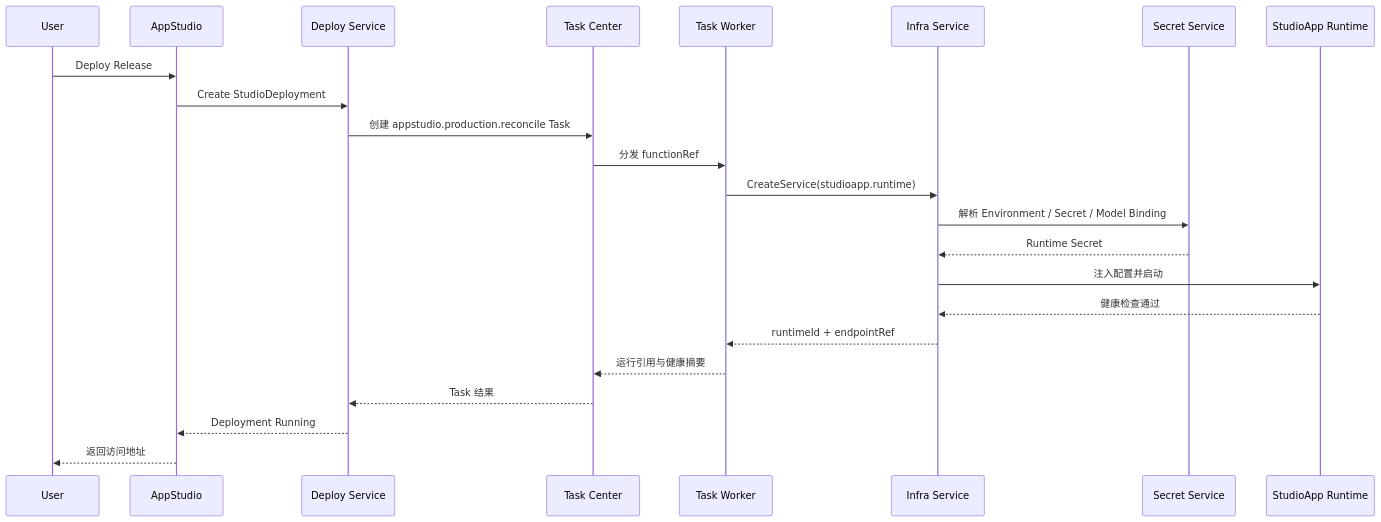
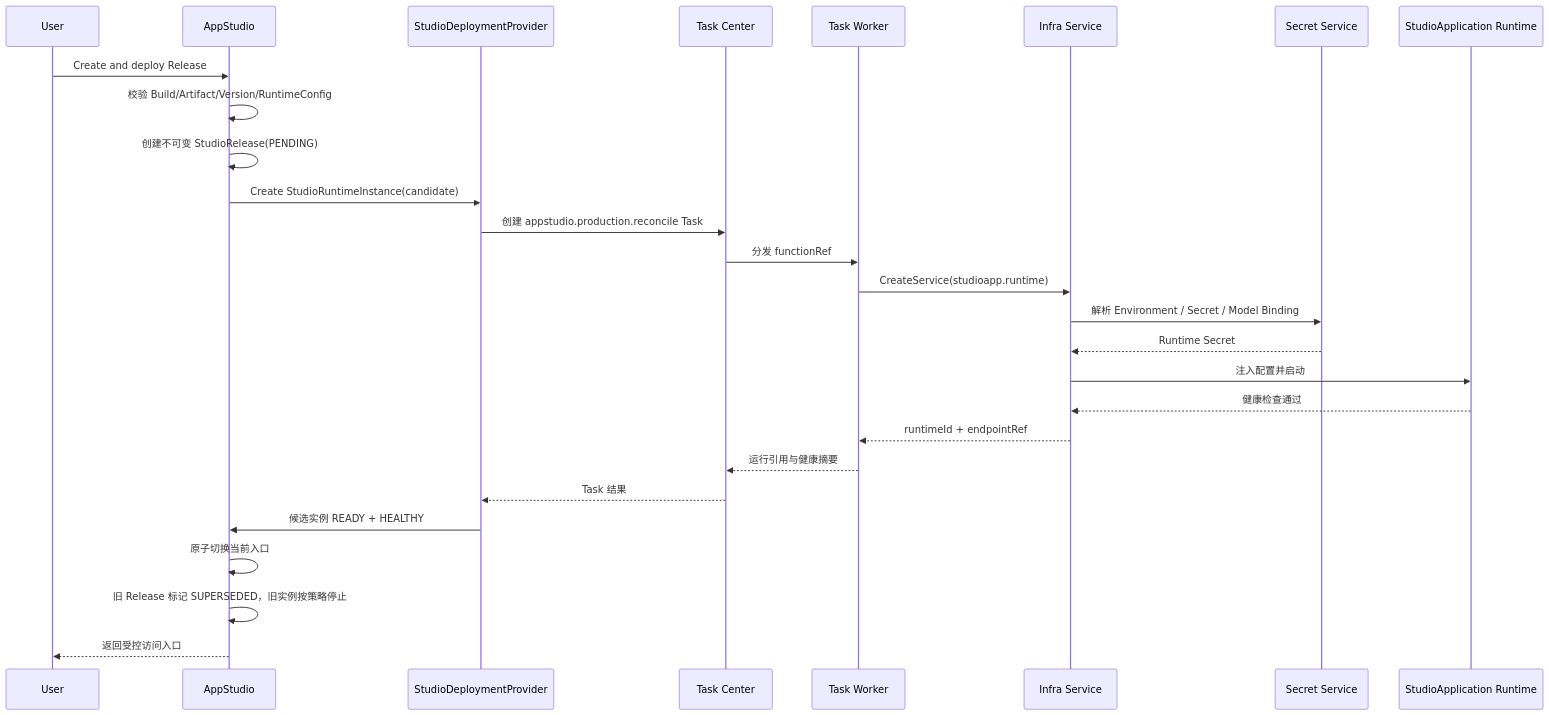
The seventh of 11 diagrams in 00_product/domains/appstudio/product-spec.md (wangweihong/omnimam-spec), drawn with Mermaid before and after one commit. The commit also changed other lines of this file and 38 other files, not shown here.

````diff
--- a/00_product/domains/appstudio/product-spec.md
+++ b/00_product/domains/appstudio/product-spec.md
@@ -1430,29 +1467,33 @@
 ```mermaid
 sequenceDiagram
     participant U as User
     participant ST as AppStudio
-    participant DS as Deploy Service
+    participant DS as StudioDeploymentProvider
     participant TC as Task Center
     participant TW as Task Worker
     participant INFRA as Infra Service
     participant SEC as Secret Service
-    participant APP as StudioApp Runtime
+    participant APP as StudioApplication Runtime
 
-    U->>ST: Deploy Release
-    ST->>DS: Create StudioDeployment
+    U->>ST: Create and deploy Release
+    ST->>ST: 校验 Build/Artifact/Version/RuntimeConfig
+    ST->>ST: 创建不可变 StudioRelease(PENDING)
+    ST->>DS: Create StudioRuntimeInstance(candidate)
     DS->>TC: 创建 appstudio.production.reconcile Task
     TC->>TW: 分发 functionRef
     TW->>INFRA: CreateService(studioapp.runtime)
 
     INFRA->>SEC: 解析 Environment / Secret / Model Binding
     SEC-->>INFRA: Runtime Secret
 
     INFRA->>APP: 注入配置并启动
     APP-->>INFRA: 健康检查通过
 
     INFRA-->>TW: runtimeId + endpointRef
     TW-->>TC: 运行引用与健康摘要
     TC-->>DS: Task 结果
-    DS-->>ST: Deployment Running
-    ST-->>U: 返回访问地址
+    DS->>ST: 候选实例 READY + HEALTHY
+    ST->>ST: 原子切换当前入口
+    ST->>ST: 旧 Release 标记 SUPERSEDED，旧实例按策略停止
+    ST-->>U: 返回受控访问入口
 ```
````
